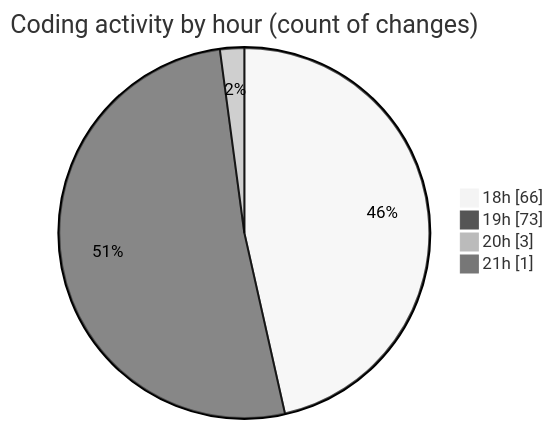
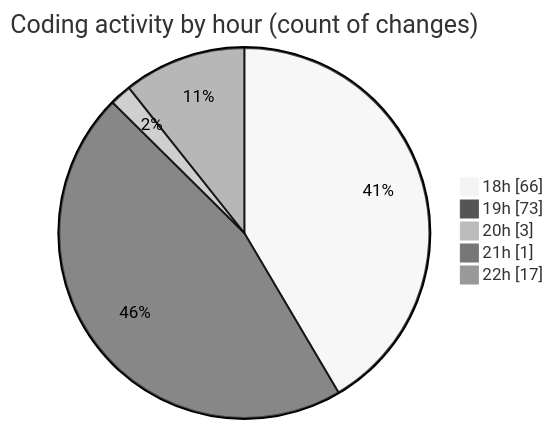
The second of 2 diagrams in 2025-07-16/mern-workoutboard/README.md (Ritupan-Deka/code-tracking), drawn with Mermaid (neutral theme) before and after one commit. The commit also changed other lines of this file and 1 other file, not shown here.

````diff
--- a/2025-07-16/mern-workoutboard/README.md
+++ b/2025-07-16/mern-workoutboard/README.md
@@ -33,8 +33,9 @@
 ```mermaid
 pie showData
 title Coding activity by hour (count of changes)
 "18h" : 66
 "19h" : 73
 "20h" : 3
 "21h" : 1
+"22h" : 17
 ```
````
